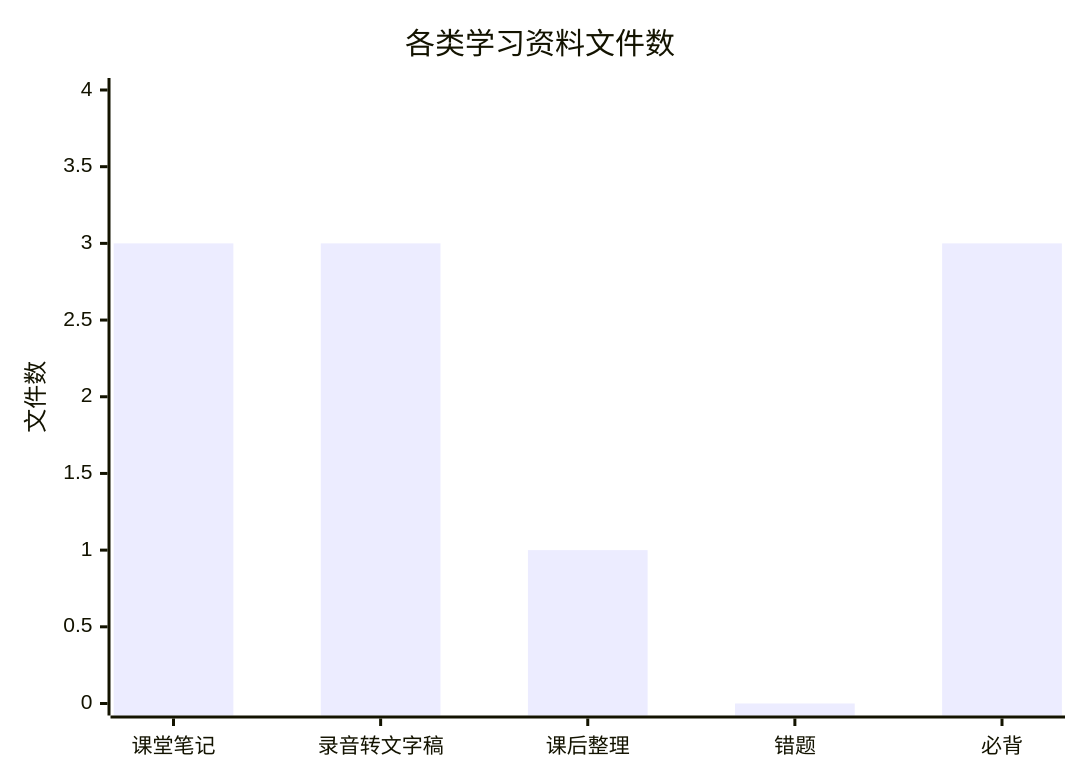
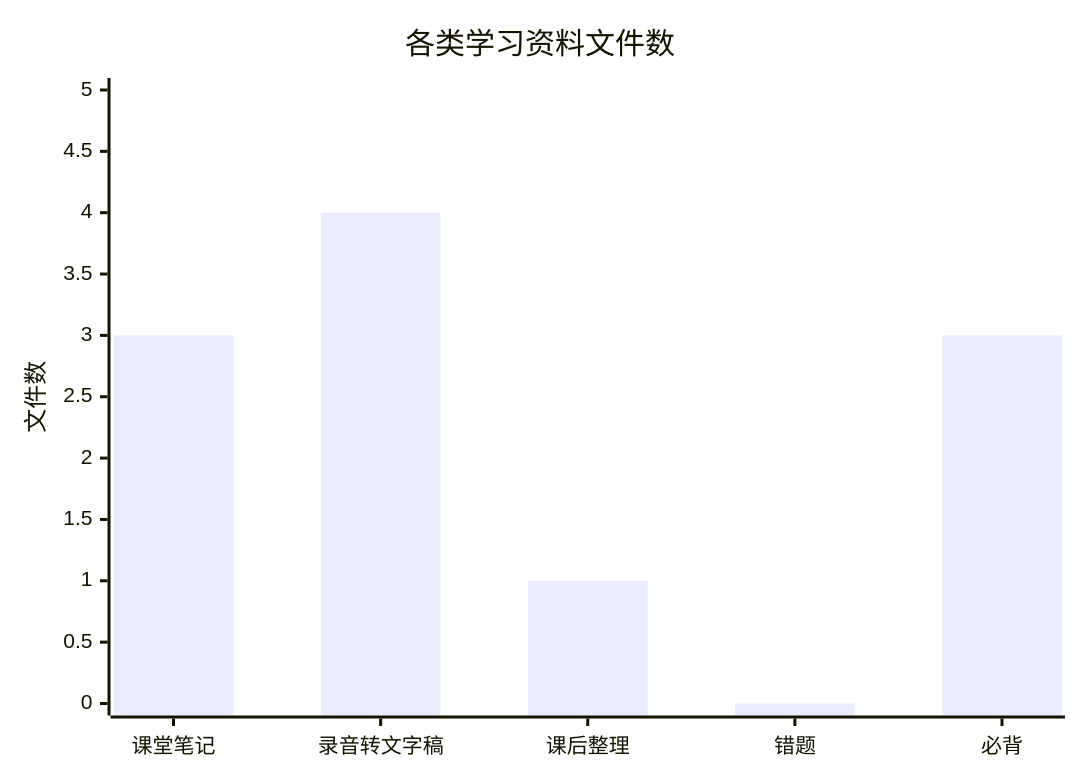
One commit to zhuchenyu2008/Learning-Library changed the third of 3 diagrams in README.md. Above: the diagram before and after it, drawn with Mermaid. The commit also changed other lines of this file, not shown here.

````diff
--- a/README.md
+++ b/README.md
@@ -56,7 +56,7 @@
 ```mermaid
 xychart-beta
     title "各类学习资料文件数"
     x-axis ["课堂笔记", "录音转文字稿", "课后整理", "错题", "必背"]
-    y-axis "文件数" 0 --> 4
-    bar [3, 3, 1, 0, 3]
+    y-axis "文件数" 0 --> 5
+    bar [3, 4, 1, 0, 3]
 ```
````
